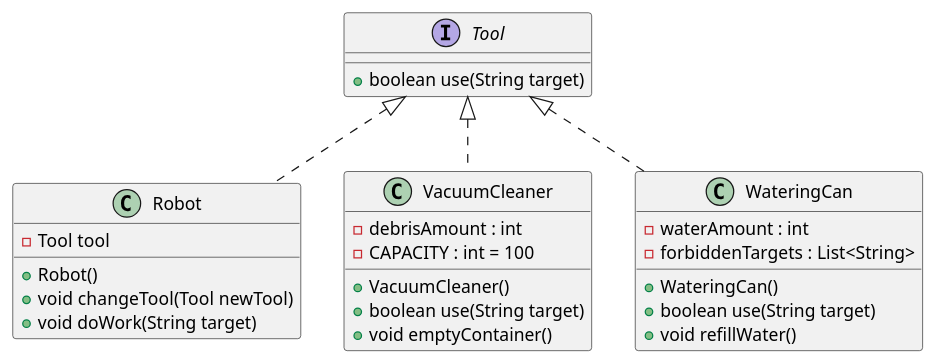
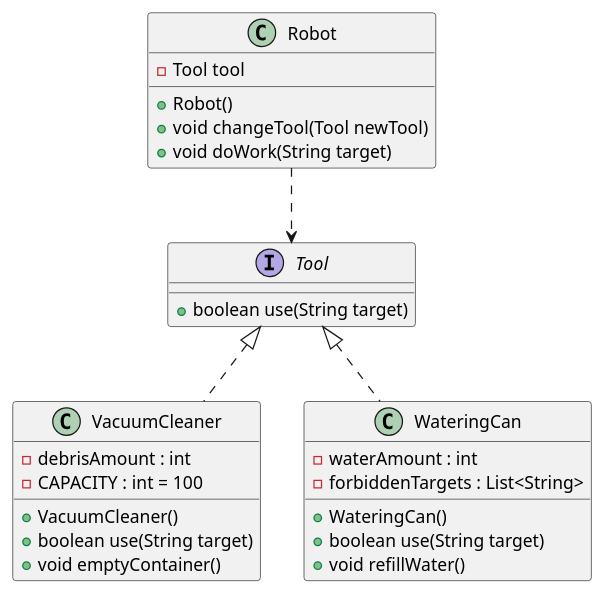
Before and after one commit to ISEAI-JYU/Programming-2: the diagram in src/exercises/4-4-household-robot/handout.md, drawn with PlantUML. The commit also changed other lines of this file and 3 other files, not shown here.

````diff
--- a/src/exercises/4-4-household-robot/handout.md
+++ b/src/exercises/4-4-household-robot/handout.md
@@ -5,35 +5,35 @@
 ```plantuml
 @startuml
 class Robot {
     -Tool tool
     +Robot()
     +void changeTool(Tool newTool)
     +void doWork(String target)
 }
 
 interface Tool {
     +boolean use(String target)
 }
 
 class VacuumCleaner {
     -debrisAmount : int
     -CAPACITY : int = 100
     +VacuumCleaner()
     +boolean use(String target)
     +void emptyContainer()
 }
 
 class WateringCan {
     -waterAmount : int
     -forbiddenTargets : List<String>
     +WateringCan()
     +boolean use(String target)
     +void refillWater()
 }
 
 Tool <|.. VacuumCleaner
 Tool <|.. WateringCan
-Tool <|.. Robot
+Robot ..> Tool
 
 @enduml
 ```
````
